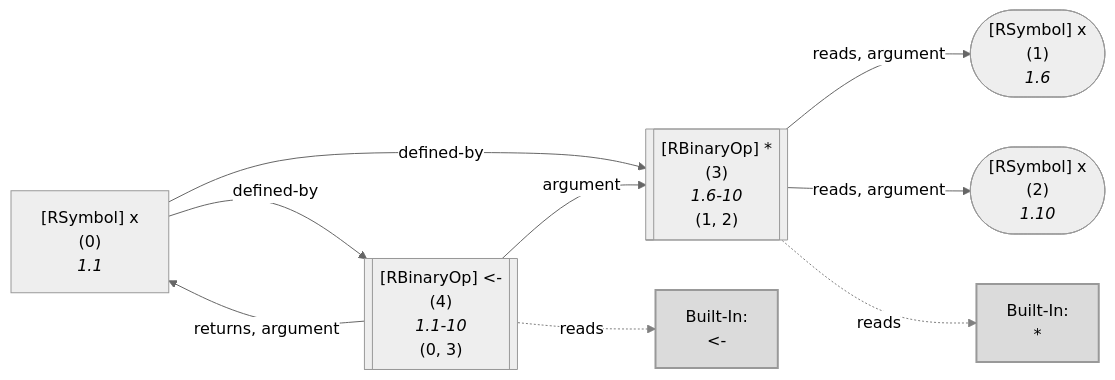
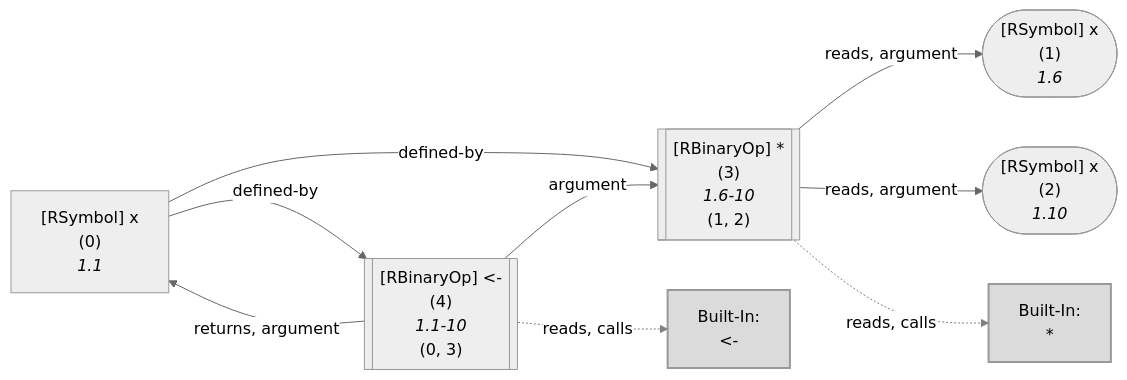
One commit to flowr-analysis/flowr changed the second of 4 diagrams in wiki/Search API.md. Above: the diagram before and after it, drawn with Mermaid (neutral theme). The commit also changed other lines of this file and 8 other files, not shown here.

Commit message:
[skip ci] doc: update generated wiki pages (wiki/Capabilities,wiki/Dataflow Graph,wiki/Query API,wiki/Search API,wiki/Engines,wiki/Interface,wiki/Control Flow Graph,wiki/Core,README)

````diff
--- a/wiki/Search API.md
+++ b/wiki/Search API.md
@@ -72,36 +72,36 @@
 ```mermaid
 flowchart LR
     1(["`#91;RSymbol#93; x
       (1)
       *1.6*`"])
     2(["`#91;RSymbol#93; x
       (2)
       *1.10*`"])
     3[["`#91;RBinaryOp#93; #42;
       (3)
       *1.6-10*
     (1, 2)`"]]
     built-in:_["`Built-In:
 #42;`"]
     style built-in:_ stroke:gray,fill:lightgray,stroke-width:2px,opacity:.8;
     0["`#91;RSymbol#93; x
       (0)
       *1.1*`"]
     4[["`#91;RBinaryOp#93; #60;#45;
       (4)
       *1.1-10*
     (0, 3)`"]]
     built-in:_-["`Built-In:
 #60;#45;`"]
     style built-in:_- stroke:gray,fill:lightgray,stroke-width:2px,opacity:.8;
     3 -->|"reads, argument"| 1
     3 -->|"reads, argument"| 2
-    3 -.->|"reads"| built-in:_
+    3 -.->|"reads, calls"| built-in:_
     linkStyle 2 stroke:gray;
     0 -->|"defined-by"| 3
     0 -->|"defined-by"| 4
     4 -->|"argument"| 3
     4 -->|"returns, argument"| 0
-    4 -.->|"reads"| built-in:_-
+    4 -.->|"reads, calls"| built-in:_-
     linkStyle 7 stroke:gray;
 ```
````
